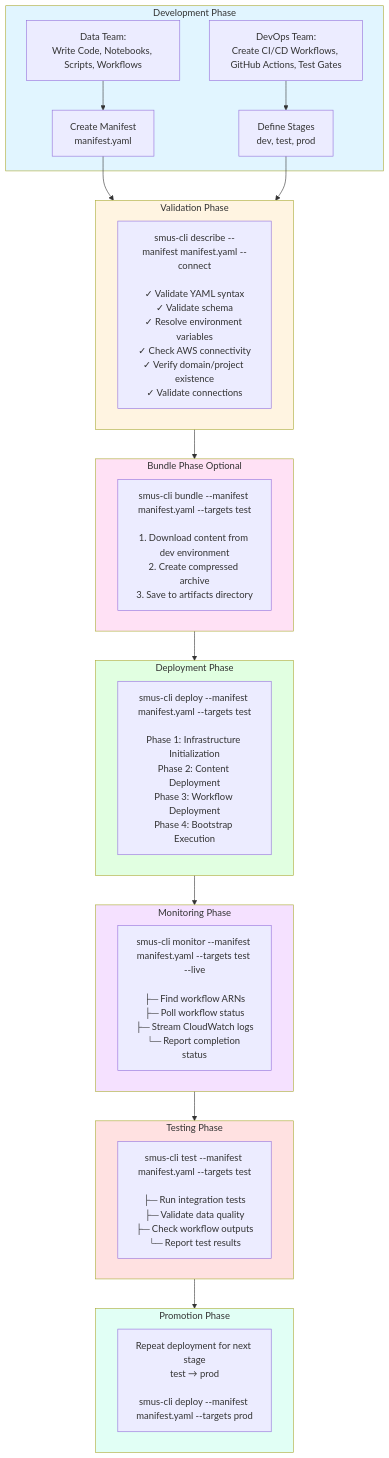
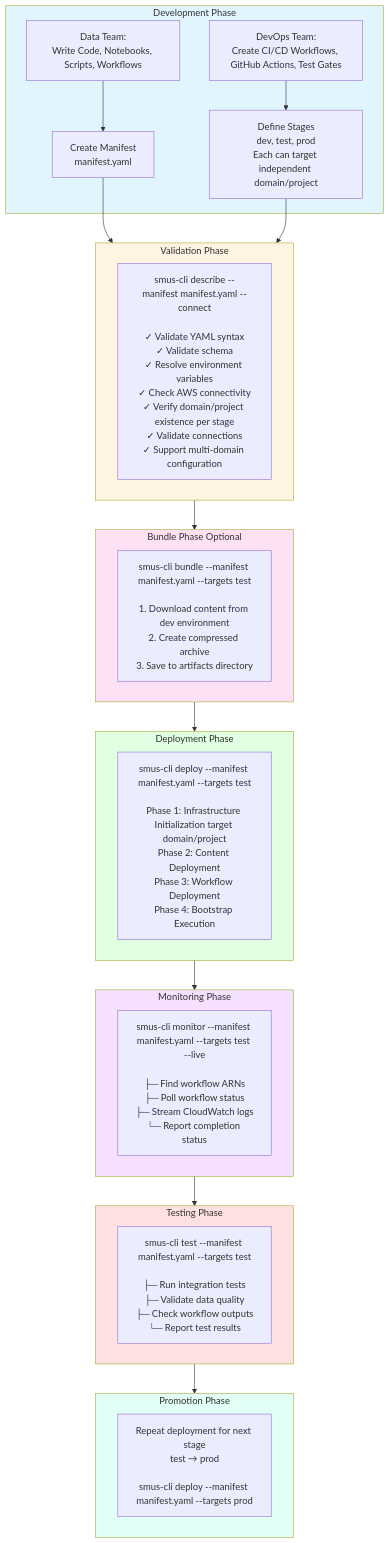
The seventh of 16 diagrams in docs/architecture.md (vasu2856/CICD-for-SageMakerUnifiedStudio-public), drawn with Mermaid before and after one commit. The commit also changed other lines of this file, not shown here.

First line of the commit message:
docs(architecture): clarify multi-domain and multi-project deployment support

````diff
--- a/docs/architecture.md
+++ b/docs/architecture.md
@@ -434,54 +484,54 @@
 ```mermaid
 graph TB
     subgraph Development[Development Phase]
         DataTeam[Data Team:<br/>Write Code, Notebooks, Scripts, Workflows]
         DevOpsTeam[DevOps Team:<br/>Create CI/CD Workflows, GitHub Actions, Test Gates]
         DataTeam --> Manifest[Create Manifest<br/>manifest.yaml]
-        DevOpsTeam --> Stages[Define Stages<br/>dev, test, prod]
+        DevOpsTeam --> Stages[Define Stages<br/>dev, test, prod<br/>Each can target independent domain/project]
     end
     
     Manifest --> Validation
     Stages --> Validation
     
     subgraph Validation[Validation Phase]
-        Validate[smus-cli describe --manifest manifest.yaml --connect<br/><br/>✓ Validate YAML syntax<br/>✓ Validate schema<br/>✓ Resolve environment variables<br/>✓ Check AWS connectivity<br/>✓ Verify domain/project existence<br/>✓ Validate connections]
+        Validate[smus-cli describe --manifest manifest.yaml --connect<br/><br/>✓ Validate YAML syntax<br/>✓ Validate schema<br/>✓ Resolve environment variables<br/>✓ Check AWS connectivity<br/>✓ Verify domain/project existence per stage<br/>✓ Validate connections<br/>✓ Support multi-domain configuration]
     end
     
     Validation --> Bundle
     
     subgraph Bundle[Bundle Phase Optional]
         BundleOp[smus-cli bundle --manifest manifest.yaml --targets test<br/><br/>1. Download content from dev environment<br/>2. Create compressed archive<br/>3. Save to artifacts directory]
     end
     
     Bundle --> Deploy
     
     subgraph Deploy[Deployment Phase]
-        DeployOp[smus-cli deploy --manifest manifest.yaml --targets test<br/><br/>Phase 1: Infrastructure Initialization<br/>Phase 2: Content Deployment<br/>Phase 3: Workflow Deployment<br/>Phase 4: Bootstrap Execution]
+        DeployOp[smus-cli deploy --manifest manifest.yaml --targets test<br/><br/>Phase 1: Infrastructure Initialization target domain/project<br/>Phase 2: Content Deployment<br/>Phase 3: Workflow Deployment<br/>Phase 4: Bootstrap Execution]
     end
     
     Deploy --> Monitor
     
     subgraph Monitor[Monitoring Phase]
         MonitorOp[smus-cli monitor --manifest manifest.yaml --targets test --live<br/><br/>├─ Find workflow ARNs<br/>├─ Poll workflow status<br/>├─ Stream CloudWatch logs<br/>└─ Report completion status]
     end
     
     Monitor --> Test
     
     subgraph Test[Testing Phase]
         TestOp[smus-cli test --manifest manifest.yaml --targets test<br/><br/>├─ Run integration tests<br/>├─ Validate data quality<br/>├─ Check workflow outputs<br/>└─ Report test results]
     end
     
     Test --> Promote
     
     subgraph Promote[Promotion Phase]
         PromoteOp[Repeat deployment for next stage<br/>test → prod<br/><br/>smus-cli deploy --manifest manifest.yaml --targets prod]
     end
     
     style Development fill:#e1f5ff
     style Validation fill:#fff4e1
     style Bundle fill:#ffe1f5
     style Deploy fill:#e1ffe1
     style Monitor fill:#f5e1ff
     style Test fill:#ffe1e1
     style Promote fill:#e1fff5
 ```
````
